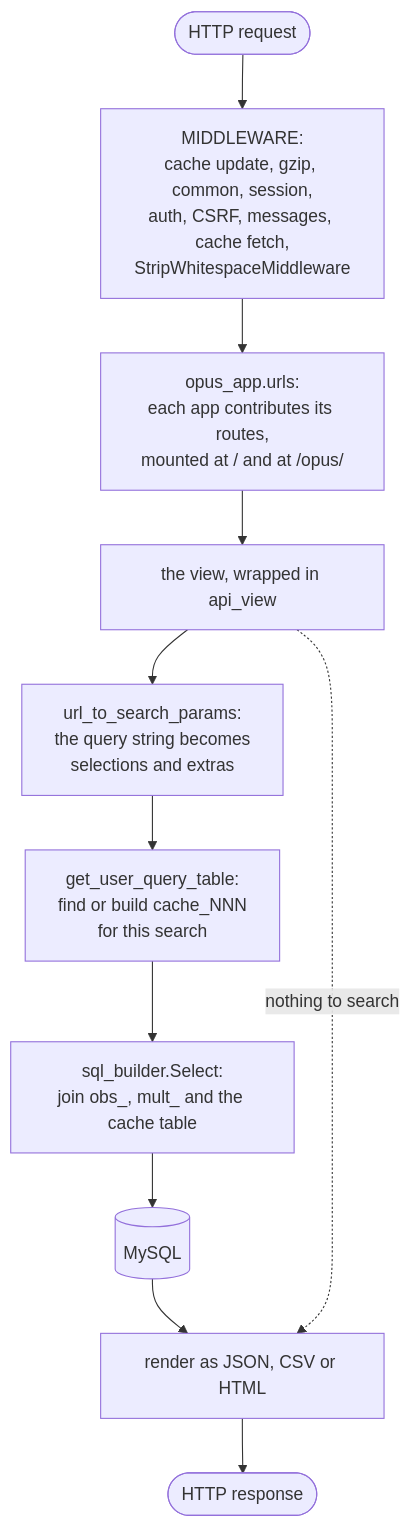
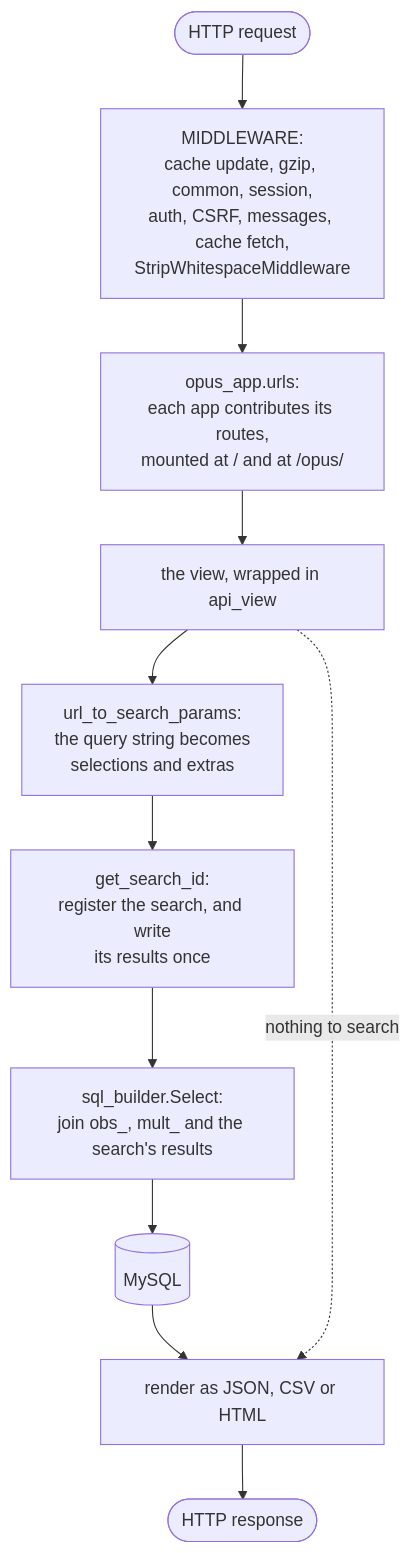
One commit to SETI/rms-opus changed the diagram in docs/dev_guide_webapp_overview.rst. Above: the diagram before and after it, drawn with Mermaid. The commit also changed other lines of this file and 72 other files, not shown here.

First line of the commit message:
[DB · PR-11] feat: one search_results table replaces the per-search cache tables (#1542)

```diff
--- a/docs/dev_guide_webapp_overview.rst
+++ b/docs/dev_guide_webapp_overview.rst
@@ -20,14 +20,14 @@
 .. mermaid::
     :zoom:
 
     flowchart TD
         R([HTTP request]) --> M[MIDDLEWARE:<br/>cache update, gzip, common, session,<br/>auth, CSRF, messages, cache fetch,<br/>StripWhitespaceMiddleware]
         M --> U[opus_app.urls:<br/>each app contributes its routes,<br/>mounted at / and at /opus/]
         U --> V[the view, wrapped in api_view]
         V --> P[url_to_search_params:<br/>the query string becomes<br/>selections and extras]
-        P --> Q[get_user_query_table:<br/>find or build cache_NNN<br/>for this search]
-        Q --> S[sql_builder.Select:<br/>join obs_, mult_ and the cache table]
+        P --> Q[get_search_id:<br/>register the search, and write<br/>its results once]
+        Q --> S[sql_builder.Select:<br/>join obs_, mult_ and the search's results]
         S --> D[(MySQL)]
         D --> F[render as JSON, CSV or HTML]
         F --> RESP([HTTP response])
         V -.->|nothing to search| F
```
